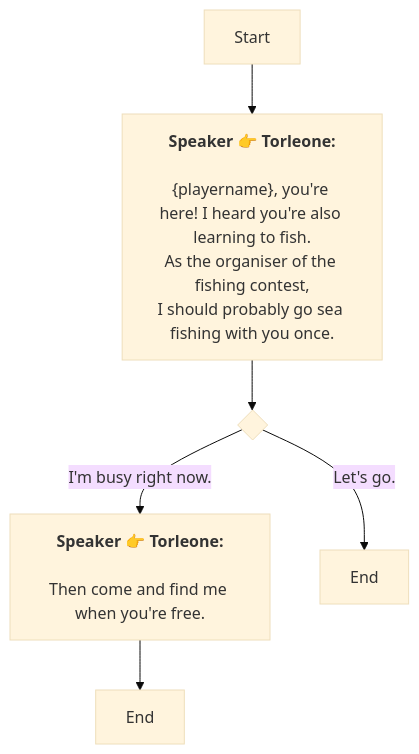
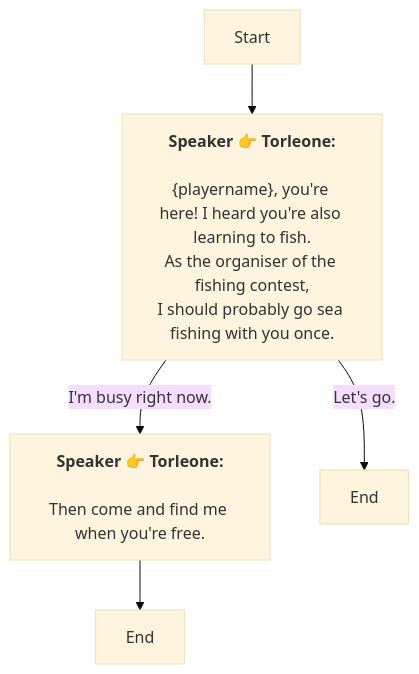
Before and after one commit to SoftHu/tos_avg: the diagram in En/QuestTalkObjectiveNode_1756252308078735.md, drawn with Mermaid (base theme). The commit also changed 737 other files, not shown here.

````diff
--- a/En/QuestTalkObjectiveNode_1756252308078735.md
+++ b/En/QuestTalkObjectiveNode_1756252308078735.md
@@ -1,15 +1,11 @@
 ```mermaid
 graph
 Start -->1756252624199884[<b>Speaker 👉 Torleone:</b>
-
-&lbrace;playername&rbrace;, you're here! I heard you're also learning to fish.
-As the organiser of the fishing contest,
+\n&lbrace;playername&rbrace;, you're here! I heard you're also learning to fish.\nAs the organiser of the fishing contest,
 I should probably go sea fishing with you once.]
-1756252624199884 -->1756252652549325{ }
-1756252652549325 -->|I'm busy right now.|1756252674743506[<b>Speaker 👉 Torleone:</b>
-
-Then come and find me when you're free.]
-1756252652549325 -->|Let's go.|1756252702928083[End]
+1756252624199884 -->|I'm busy right now.|1756252674743506[<b>Speaker 👉 Torleone:</b>
+\nThen come and find me when you're free.]
+1756252624199884 -->|Let's go.|1756252702928083[End]
 1756252674743506 -->1756252708831444[End]
 
- ```
+```
````
